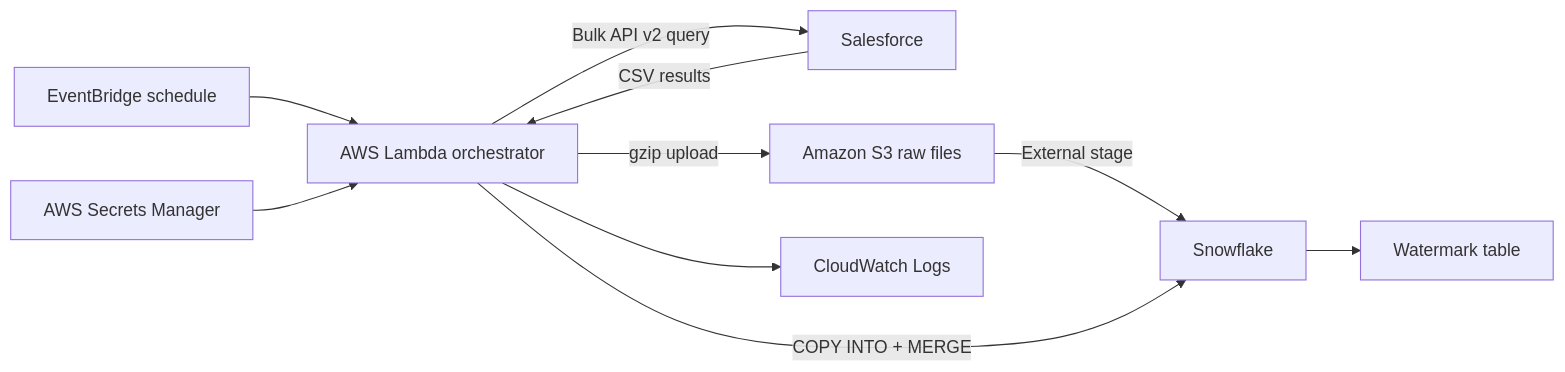
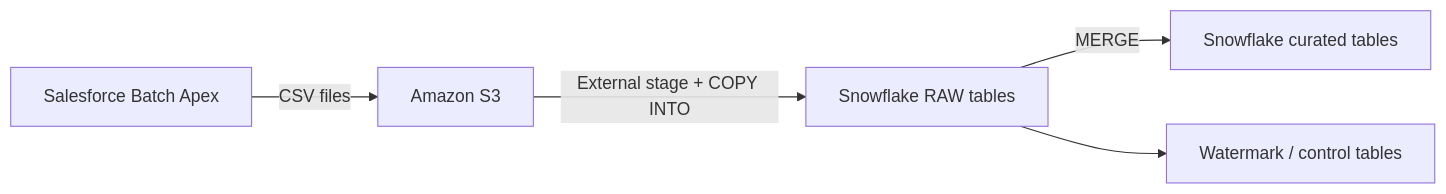
Before and after one commit to jayamurugant/b2b-commerce-on-lightning-quickstart: the diagram in SALESFORCE_TO_SNOWFLAKE_PROPOSAL.md, drawn with Mermaid. The commit also changed other lines of this file, not shown here.

Commit message:
Update proposal for Apex to S3 design

````diff
--- a/SALESFORCE_TO_SNOWFLAKE_PROPOSAL.md
+++ b/SALESFORCE_TO_SNOWFLAKE_PROPOSAL.md
@@ -29,12 +26,7 @@
 ```mermaid
 flowchart LR
-  EB[EventBridge schedule] --> L[AWS Lambda orchestrator]
-  SM[AWS Secrets Manager] --> L
-  L -->|Bulk API v2 query| SF[Salesforce]
-  SF -->|CSV results| L
-  L -->|gzip upload| S3[Amazon S3 raw files]
-  S3 -->|External stage| SN[Snowflake]
-  L -->|COPY INTO + MERGE| SN
-  SN --> WM[Watermark table]
-  L --> CW[CloudWatch Logs]
+  SF[Salesforce Batch Apex] -->|CSV files| S3[Amazon S3]
+  S3 -->|External stage + COPY INTO| SN[Snowflake RAW tables]
+  SN -->|MERGE| CUR[Snowflake curated tables]
+  SN --> WM[Watermark / control tables]
 ```
````
